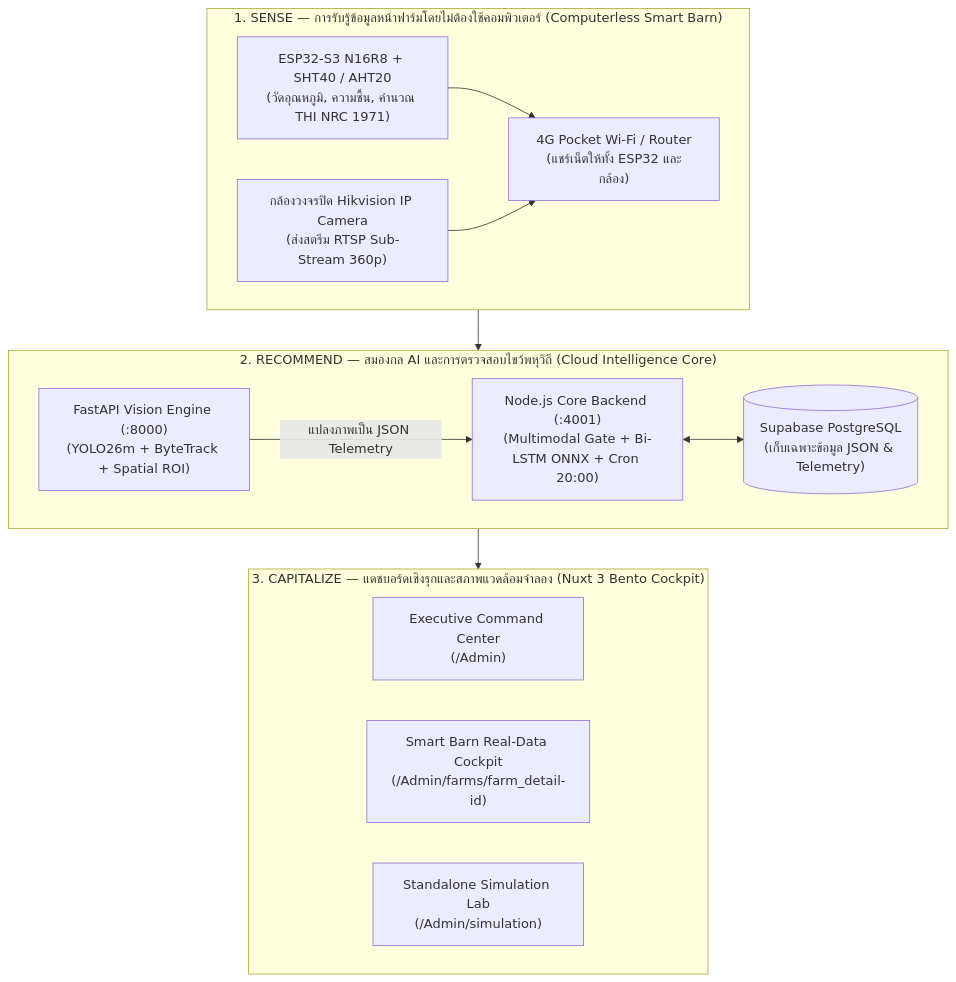
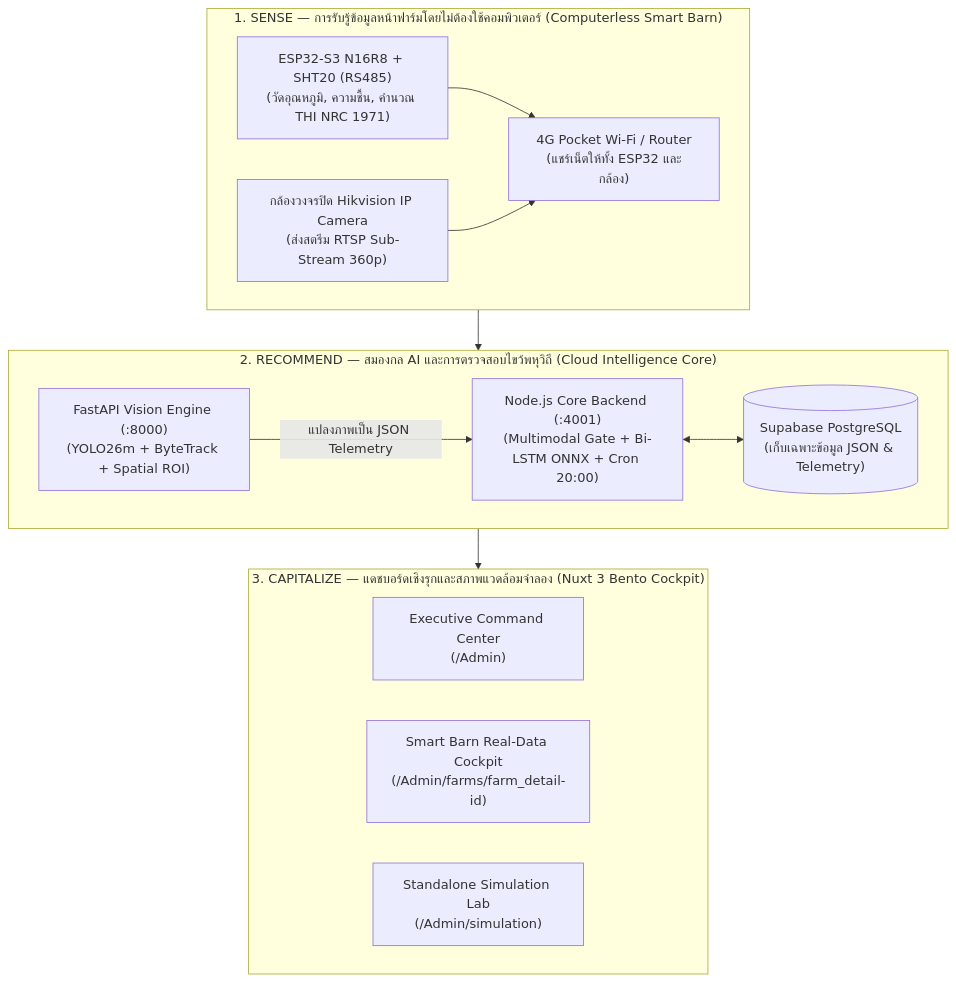
The diagram in README.md (peetph22-ship-it/Cow_detect), drawn with Mermaid before and after one commit. The commit also changed other lines of this file and 8 other files, not shown here.

````diff
--- a/README.md
+++ b/README.md
@@ -48,30 +48,30 @@
 ```mermaid
 flowchart TD
     subgraph Layer1["1. SENSE — การรับรู้ข้อมูลหน้าฟาร์มโดยไม่ต้องใช้คอมพิวเตอร์ (Computerless Smart Barn)"]
         direction LR
-        S1["ESP32-S3 N16R8 + SHT40 / AHT20<br/>(วัดอุณหภูมิ, ความชื้น, คำนวณ THI NRC 1971)"]
+        S1["ESP32-S3 N16R8 + SHT20 (RS485)<br/>(วัดอุณหภูมิ, ความชื้น, คำนวณ THI NRC 1971)"]
         S2["กล้องวงจรปิด Hikvision IP Camera<br/>(ส่งสตรีม RTSP Sub-Stream 360p)"]
         WIFI["4G Pocket Wi-Fi / Router<br/>(แชร์เน็ตให้ทั้ง ESP32 และกล้อง)"]
         S1 --> WIFI
         S2 --> WIFI
     end
 
     subgraph Layer2["2. RECOMMEND — สมองกล AI และการตรวจสอบไขว้พหุวิถี (Cloud Intelligence Core)"]
         direction LR
         FAST["FastAPI Vision Engine (:8000)<br/>(YOLO26m + ByteTrack + Spatial ROI)"]
         NODE["Node.js Core Backend (:4001)<br/>(Multimodal Gate + Bi-LSTM ONNX + Cron 20:00)"]
         DB[("Supabase PostgreSQL<br/>(เก็บเฉพาะข้อมูล JSON & Telemetry)")]
         FAST -->|แปลงภาพเป็น JSON Telemetry| NODE
         NODE <--> DB
     end
 
     subgraph Layer3["3. CAPITALIZE — แดชบอร์ดเชิงรุกและสภาพแวดล้อมจำลอง (Nuxt 3 Bento Cockpit)"]
         direction LR
         D1["Executive Command Center<br/>(/Admin)"]
         D2["Smart Barn Real-Data Cockpit<br/>(/Admin/farms/farm_detail-id)"]
         D3["Standalone Simulation Lab<br/>(/Admin/simulation)"]
     end
 
     WIFI --> Layer2
     Layer2 --> Layer3
 ```
````
